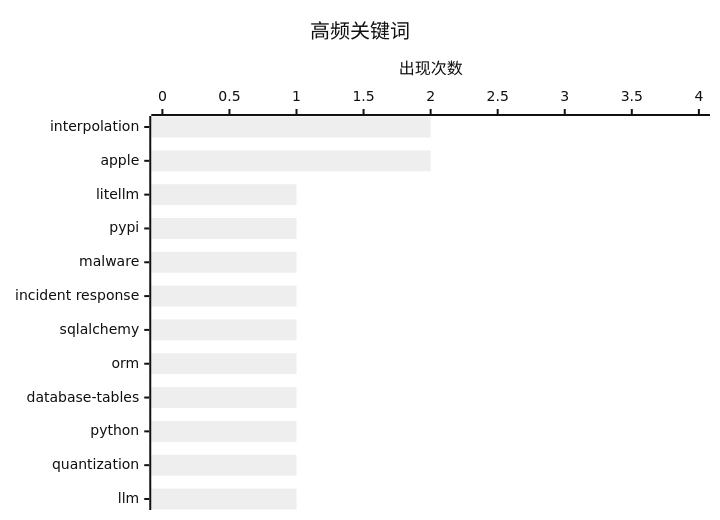
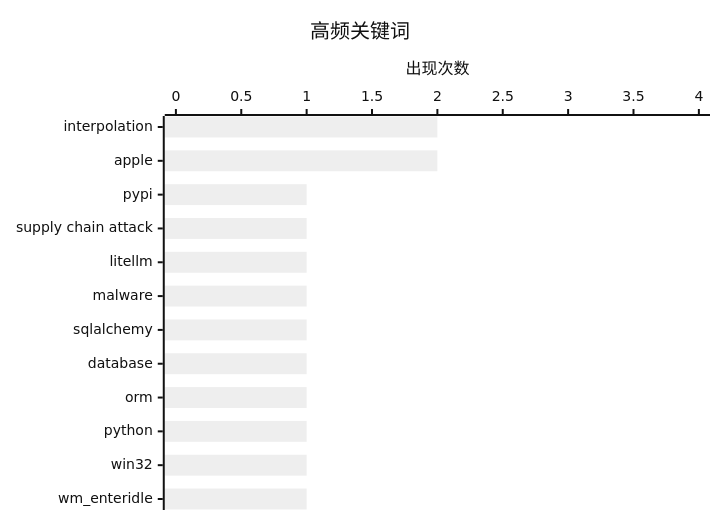
The second of 2 diagrams in content/ai-daily/2026-03-27.md (originem0/SZBlog), drawn with Mermaid (neutral theme) before and after one commit. The commit also changed other lines of this file, not shown here.

````diff
--- a/content/ai-daily/2026-03-27.md
+++ b/content/ai-daily/2026-03-27.md
@@ -67,7 +67,7 @@
 ```mermaid
 xychart-beta horizontal
     title "高频关键词"
-    x-axis ["interpolation", "apple", "litellm", "pypi", "malware", "incident response", "sqlalchemy", "orm", "database-tables", "python", "quantization", "llm"]
+    x-axis ["interpolation", "apple", "pypi", "supply chain attack", "litellm", "malware", "sqlalchemy", "database", "orm", "python", "win32", "wm_enteridle"]
     y-axis "出现次数" 0 --> 4
     bar [2, 2, 1, 1, 1, 1, 1, 1, 1, 1, 1, 1]
 ```
````
